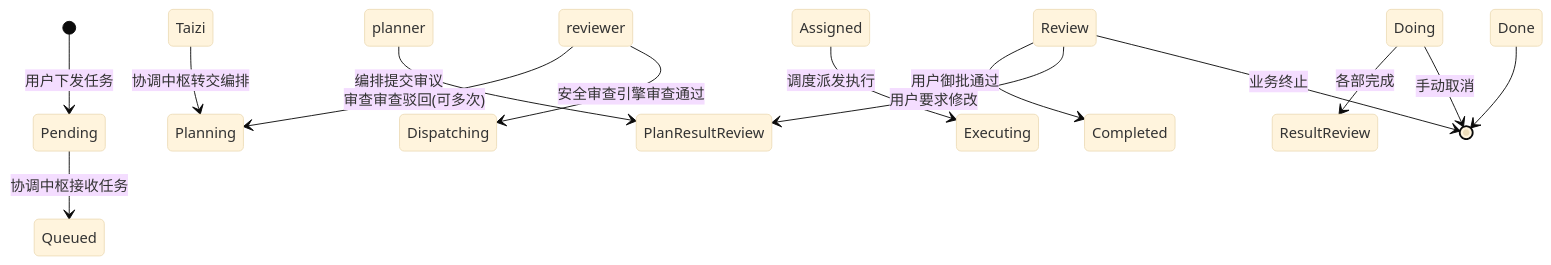
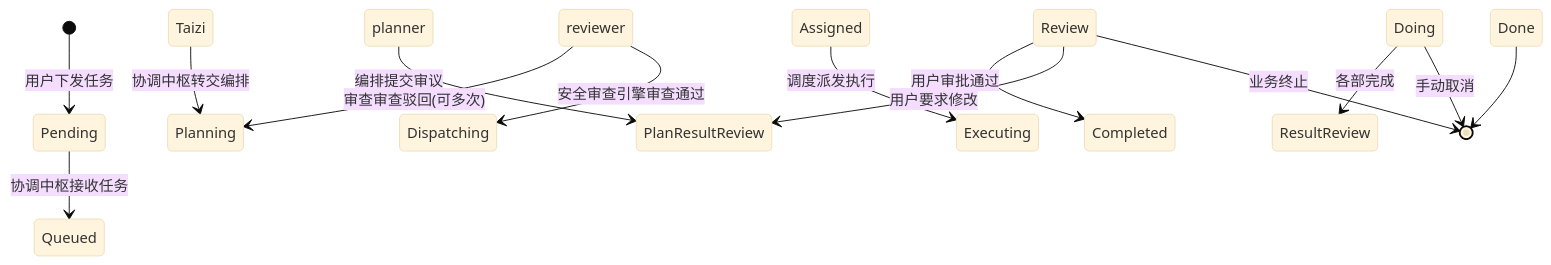
The diagram in docs/task-dispatch-architecture.md (sjoll2116/MutiAgent-with-openclaw), drawn with Mermaid (base theme) before and after one commit. The commit also changed other lines of this file and 47 other files, not shown here.

````diff
--- a/docs/task-dispatch-architecture.md
+++ b/docs/task-dispatch-architecture.md
@@ -117,16 +117,16 @@
 ```mermaid
 stateDiagram-v2
 [*] --> Pending: 用户下发任务
 Pending --> Queued: 协调中枢接收任务
 Taizi --> Planning: 协调中枢转交编排
 planner --> PlanResultReview: 编排提交审议
 reviewer --> Planning: 审查审查驳回(可多次)
 reviewer --> Dispatching: 安全审查引擎审查通过
 Assigned --> Executing: 调度派发执行
 Doing --> ResultReview: 各部完成
-Review --> Completed: 用户御批通过
+Review --> Completed: 用户审批通过
 Review --> PlanResultReview: 用户要求修改
 Done --> [*]
 Doing --> [*]: 手动取消
 Review --> [*]: 业务终止
 ```
````
